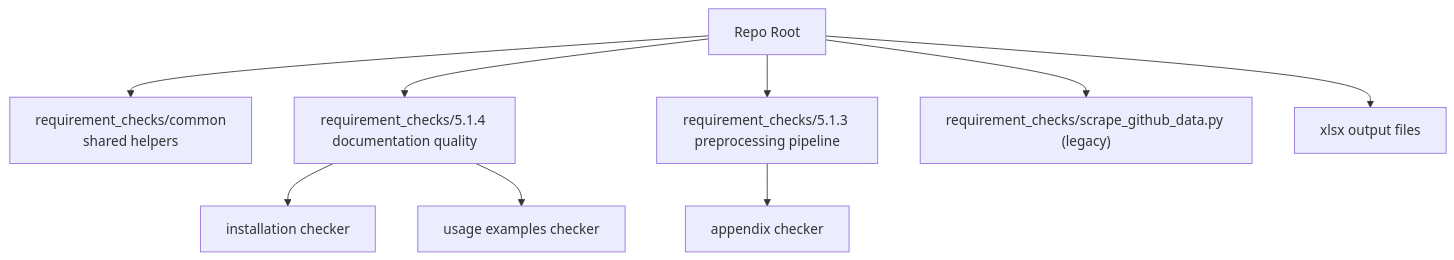
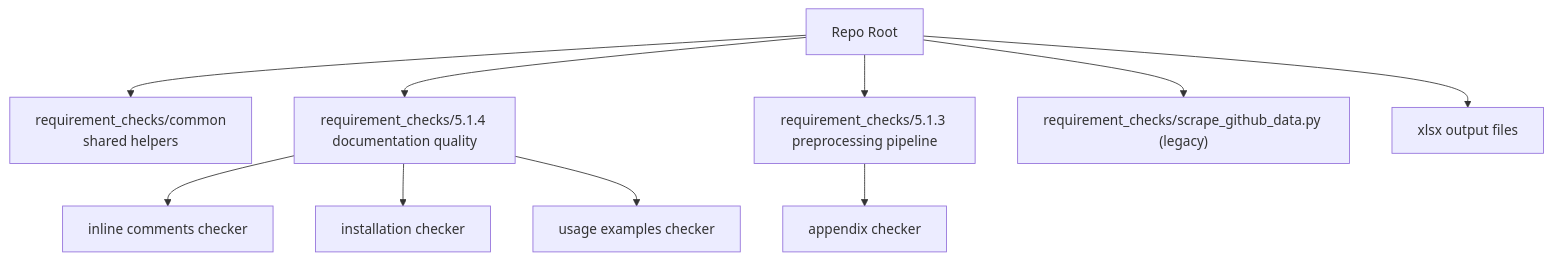
The diagram in README.md (AminDaryan/Scrape-GitHub), drawn with Mermaid before and after one commit. The commit also changed other lines of this file and 8 other files, not shown here.

````diff
--- a/README.md
+++ b/README.md
@@ -30,12 +31,13 @@
 ```mermaid
 flowchart TD
   root["Repo Root"]
   root --> common["requirement_checks/common<br/>shared helpers"]
   root --> q514["requirement_checks/5.1.4 documentation quality"]
+  q514 --> inline["inline comments checker"]
   q514 --> install["installation checker"]
   q514 --> usage["usage examples checker"]
   root --> q513["requirement_checks/5.1.3 preprocessing pipeline"]
   q513 --> appendix["appendix checker"]
   root --> legacy["requirement_checks/scrape_github_data.py (legacy)"]
   root --> outputs["xlsx output files"]
 ```
````
